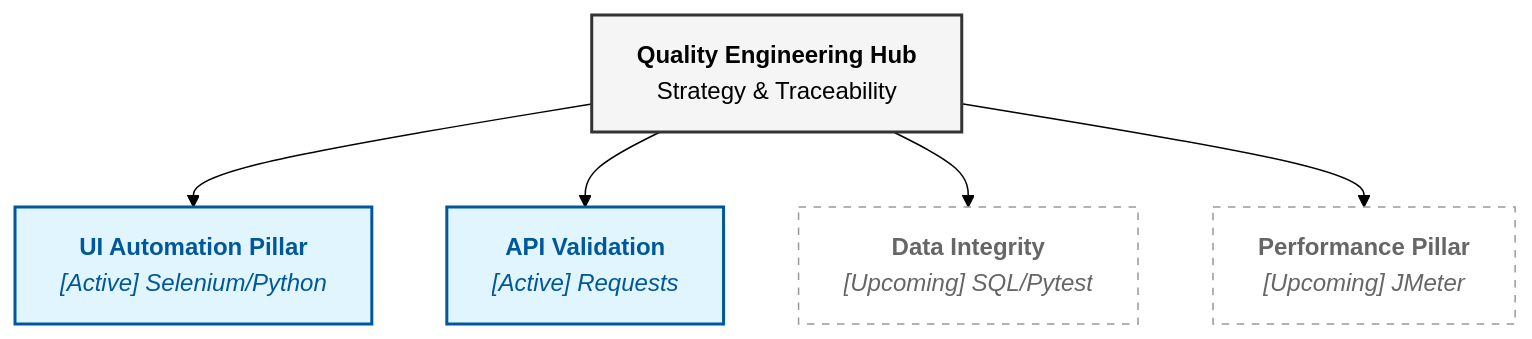
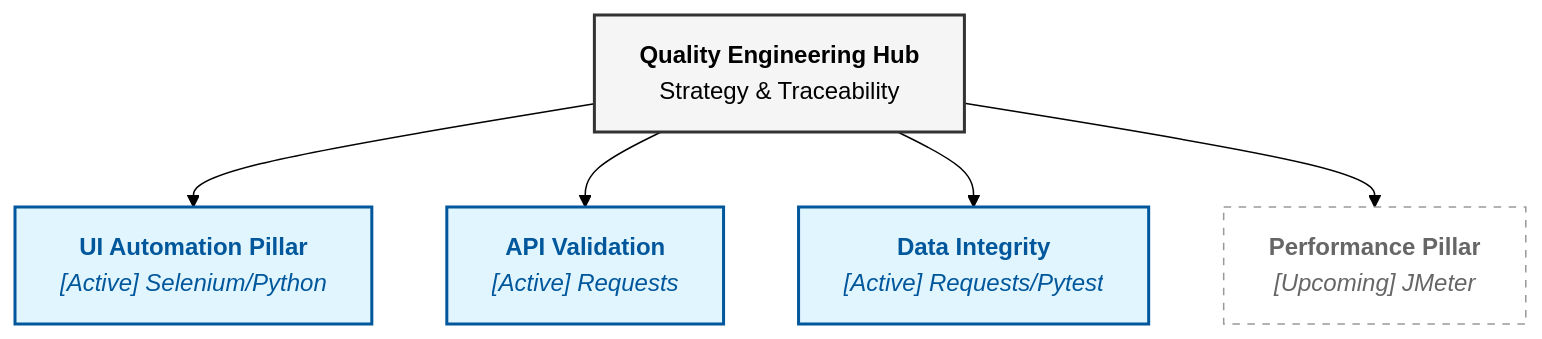
The diagram in README.md (SrinivasaraoThata/claims-qa-suite), drawn with Mermaid (forest theme) before and after one commit. The commit also changed other lines of this file, not shown here.

Commit message:
docs: mark Data Integrity pillar as active in README architecture and links

````diff
--- a/README.md
+++ b/README.md
@@ -11,17 +11,17 @@
 ```mermaid
 graph TD
     hub["<b>Quality Engineering Hub</b><br/>Strategy & Traceability"]
     
     hub --> UI["<b>UI Automation Pillar</b><br/><i>[Active] Selenium/Python</i>"]
     hub --> API["<b>API Validation</b><br/><i>[Active] Requests</i>"]
-    hub --> DATA["<b>Data Integrity</b><br/><i>[Upcoming] SQL/Pytest</i>"]
+    hub --> DATA["<b>Data Integrity</b><br/><i>[Active] Requests/Pytest</i>"]
     hub --> PERF["<b>Performance Pillar</b><br/><i>[Upcoming] JMeter</i>"]
     
     classDef main fill:#f5f5f5,stroke:#333,stroke-width:2px,color:#000;
     classDef active fill:#e1f5fe,stroke:#01579b,stroke-width:2px,color:#01579b;
     classDef upcoming fill:#fff,stroke:#999,stroke-dasharray: 5 5,color:#666;
     
     class hub main;
-    class UI,API active;
-    class DATA,PERF upcoming;
+    class UI,API,DATA active;
+    class PERF upcoming;
 ```
````
